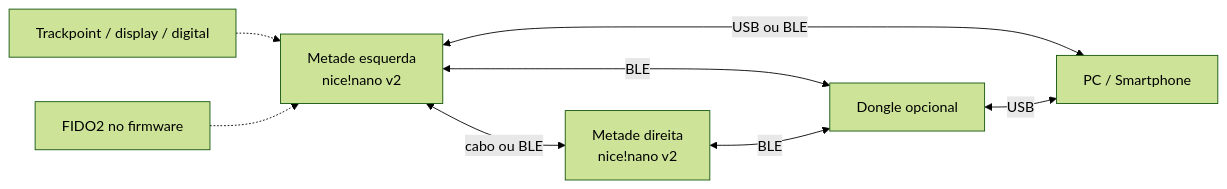
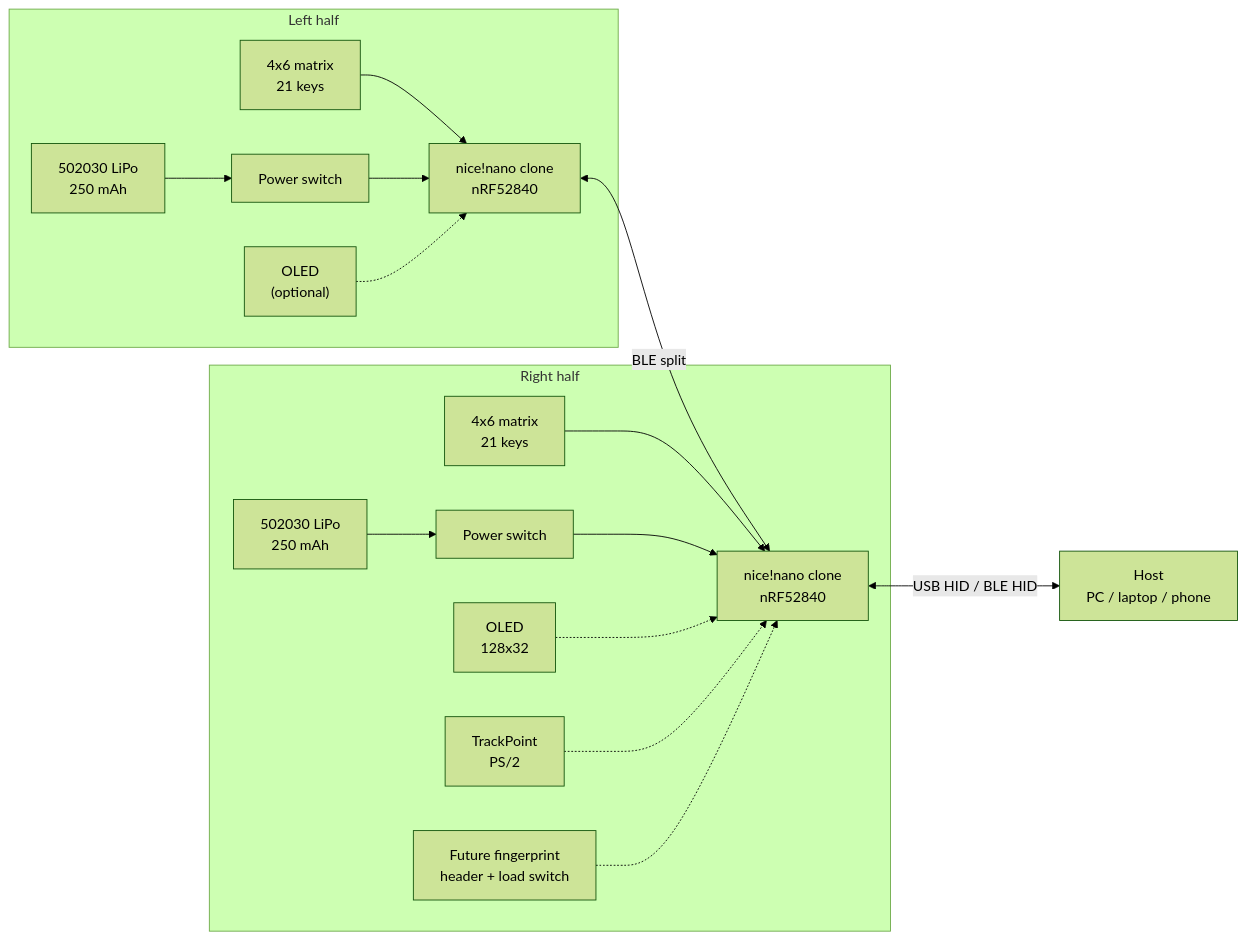
The first of 3 diagrams in docs/architecture.md (breno-villa/fluxpoint), drawn with Mermaid (forest theme) before and after one commit. The commit also changed other lines of this file and 65 other files, not shown here.

````diff
--- a/docs/architecture.md
+++ b/docs/architecture.md
@@ -9,17 +18,30 @@
 ```mermaid
 flowchart LR
-    HOST["PC / Smartphone"]
-    DONGLE["Dongle opcional"]
-    L["Metade esquerda<br/>nice!nano v2"]
-    R["Metade direita<br/>nice!nano v2"]
-    PERIPH["Trackpoint / display / digital"]
-    FIDO["FIDO2 no firmware"]
-
-    L <-->|"cabo ou BLE"| R
-    L <-->|"USB ou BLE"| HOST
-    L <-->|"BLE"| DONGLE
-    R <-->|"BLE"| DONGLE
-    DONGLE <-->|"USB"| HOST
-    PERIPH -.-> L
-    FIDO -.-> L
+    HOST["Host<br/>PC / laptop / phone"]
+    subgraph L["Left half"]
+        LMCU["nice!nano clone<br/>nRF52840"]
+        LMAT["4x6 matrix<br/>21 keys"]
+        LBAT["502030 LiPo<br/>250 mAh"]
+        LSW["Power switch"]
+        LOLED["OLED<br/>(optional)"]
+    end
+    subgraph R["Right half"]
+        RMCU["nice!nano clone<br/>nRF52840"]
+        RMAT["4x6 matrix<br/>21 keys"]
+        RBAT["502030 LiPo<br/>250 mAh"]
+        RSW["Power switch"]
+        RTP["TrackPoint<br/>PS/2"]
+        ROLED["OLED<br/>128x32"]
+        REXP["Future fingerprint<br/>header + load switch"]
+    end
+    LMCU <-->|"BLE split"| RMCU
+    RMCU <-->|"USB HID / BLE HID"| HOST
+    LMAT --> LMCU
+    RMAT --> RMCU
+    LBAT --> LSW --> LMCU
+    RBAT --> RSW --> RMCU
+    LOLED -.-> LMCU
+    ROLED -.-> RMCU
+    RTP -.-> RMCU
+    REXP -.-> RMCU
 ```
````
